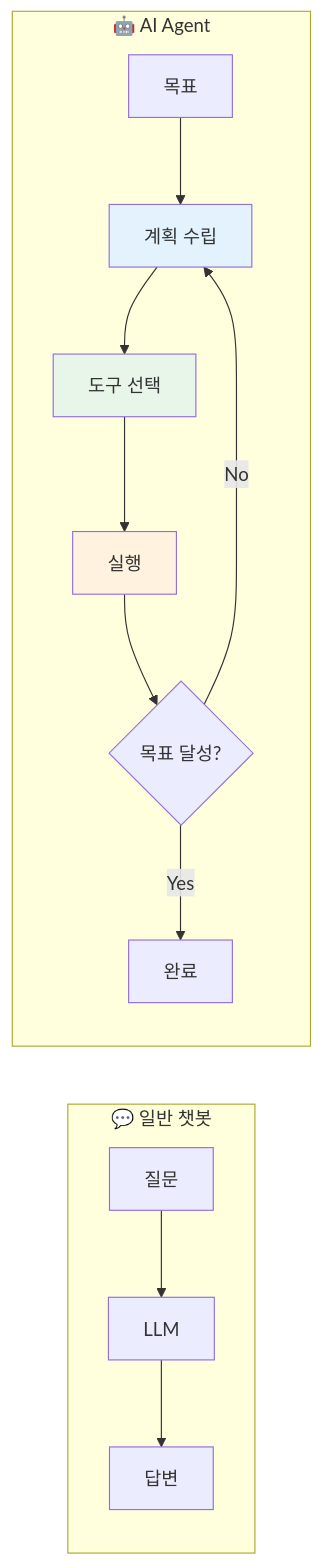
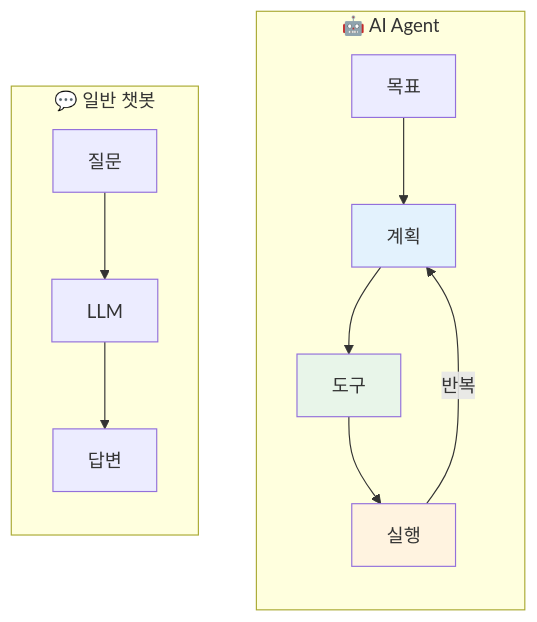
Before and after one commit to Gyeom/dev-notes: the first of 9 diagrams in content/posts/2025-10-01-ai-agent-architecture-fundamentals.md, drawn with Mermaid. The commit also changed 11 other files, not shown here.

First line of the commit message:
Update: Claude Flow 개발기 최신화 및 draft 링크 정리

````diff
--- a/content/posts/2025-10-01-ai-agent-architecture-fundamentals.md
+++ b/content/posts/2025-10-01-ai-agent-architecture-fundamentals.md
@@ -19,19 +19,19 @@
 ```mermaid
 flowchart LR
     subgraph Chatbot["💬 일반 챗봇"]
         C1["질문"] --> C2["LLM"] --> C3["답변"]
     end
 
     subgraph Agent["🤖 AI Agent"]
-        A1["목표"] --> A2["계획 수립"]
-        A2 --> A3["도구 선택"]
+        A1["목표"] --> A2["계획"]
+        A2 --> A3["도구"]
         A3 --> A4["실행"]
-        A4 --> A5{목표 달성?}
-        A5 -->|No| A2
-        A5 -->|Yes| A6["완료"]
+        A4 -->|반복| A2
     end
+
+    Chatbot ~~~ Agent
 
     style A2 fill:#E3F2FD
     style A3 fill:#E8F5E9
     style A4 fill:#FFF3E0
 ```
````
